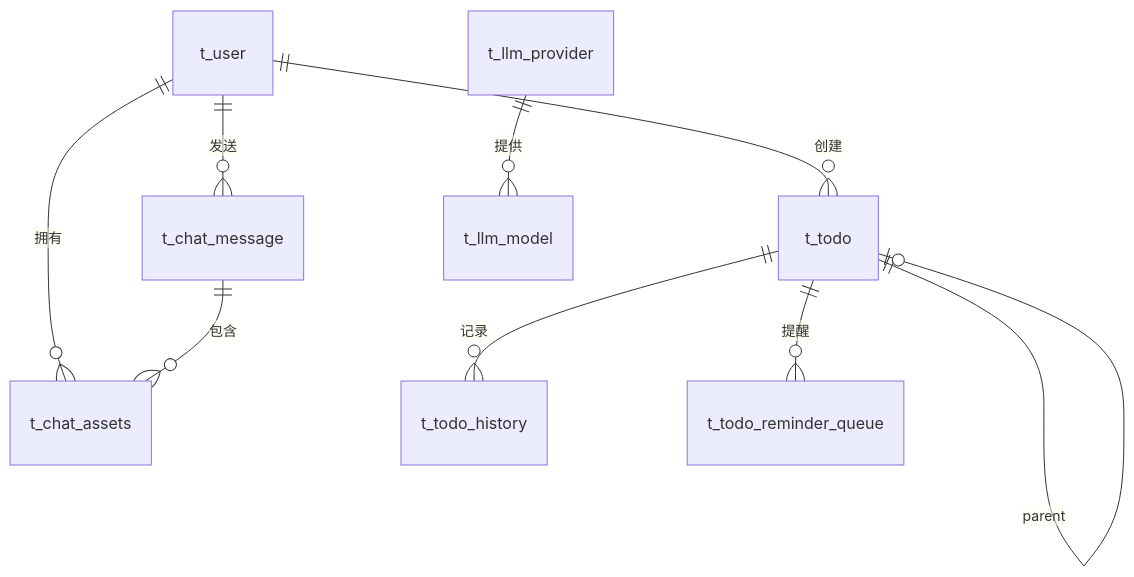
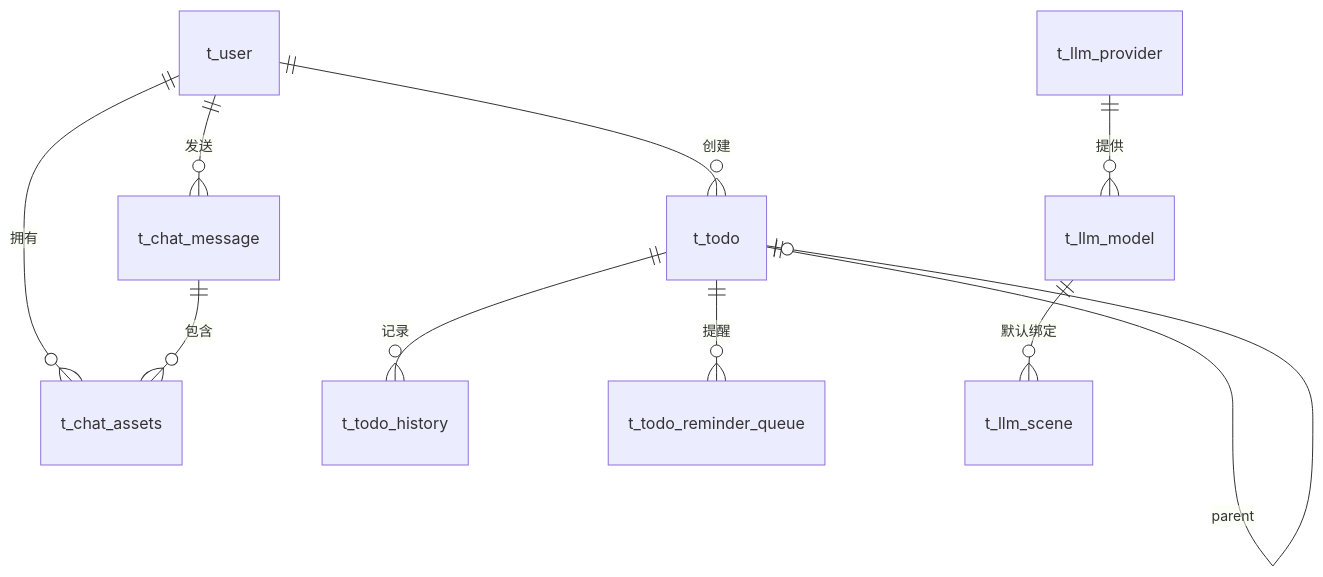
One commit to jijingkun-commits/fastapi changed the second of 4 diagrams in docs/开发文档/架构设计/数据库设计.md. Above: the diagram before and after it, drawn with Mermaid. The commit also changed other lines of this file and 36 other files, not shown here.

````diff
--- a/docs/开发文档/架构设计/数据库设计.md
+++ b/docs/开发文档/架构设计/数据库设计.md
@@ -402,14 +419,15 @@
 ```mermaid
 erDiagram
     t_user ||--o{ t_chat_message : "发送"
     t_user ||--o{ t_todo : "创建"
     t_user ||--o{ t_chat_assets : "拥有"
     
     t_chat_message ||--o{ t_chat_assets : "包含"
     
     t_todo ||--o{ t_todo_history : "记录"
     t_todo ||--o{ t_todo_reminder_queue : "提醒"
     t_todo ||--o| t_todo : "parent"
     
     t_llm_provider ||--o{ t_llm_model : "提供"
+    t_llm_model ||--o{ t_llm_scene : "默认绑定"
 ```
````
